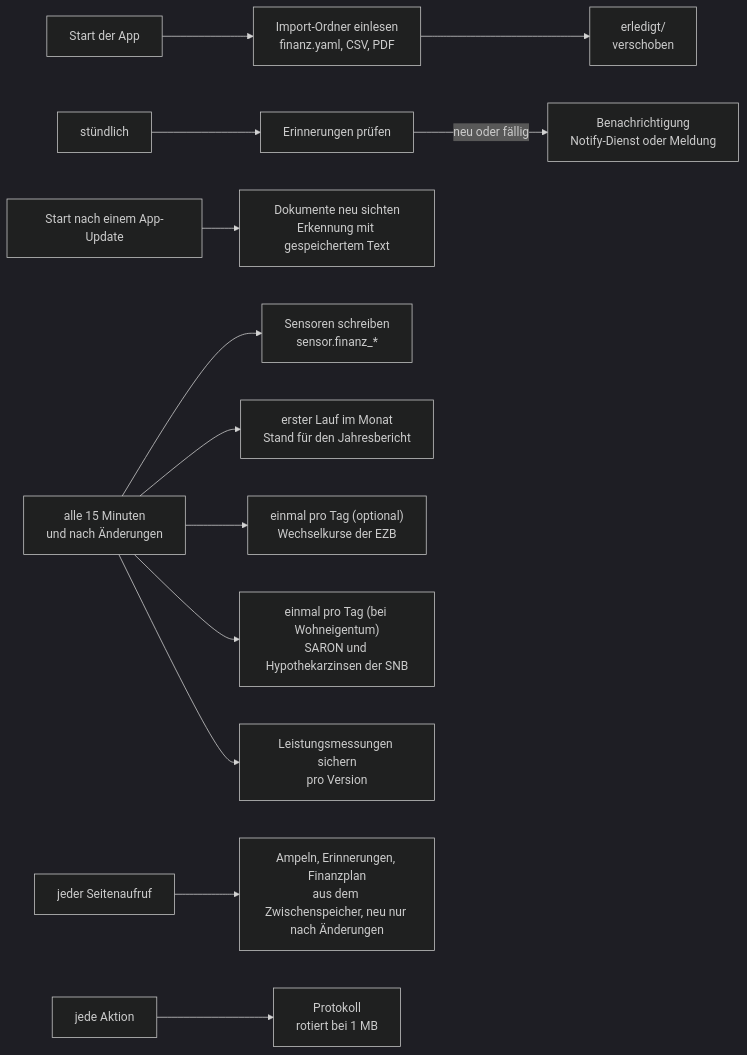
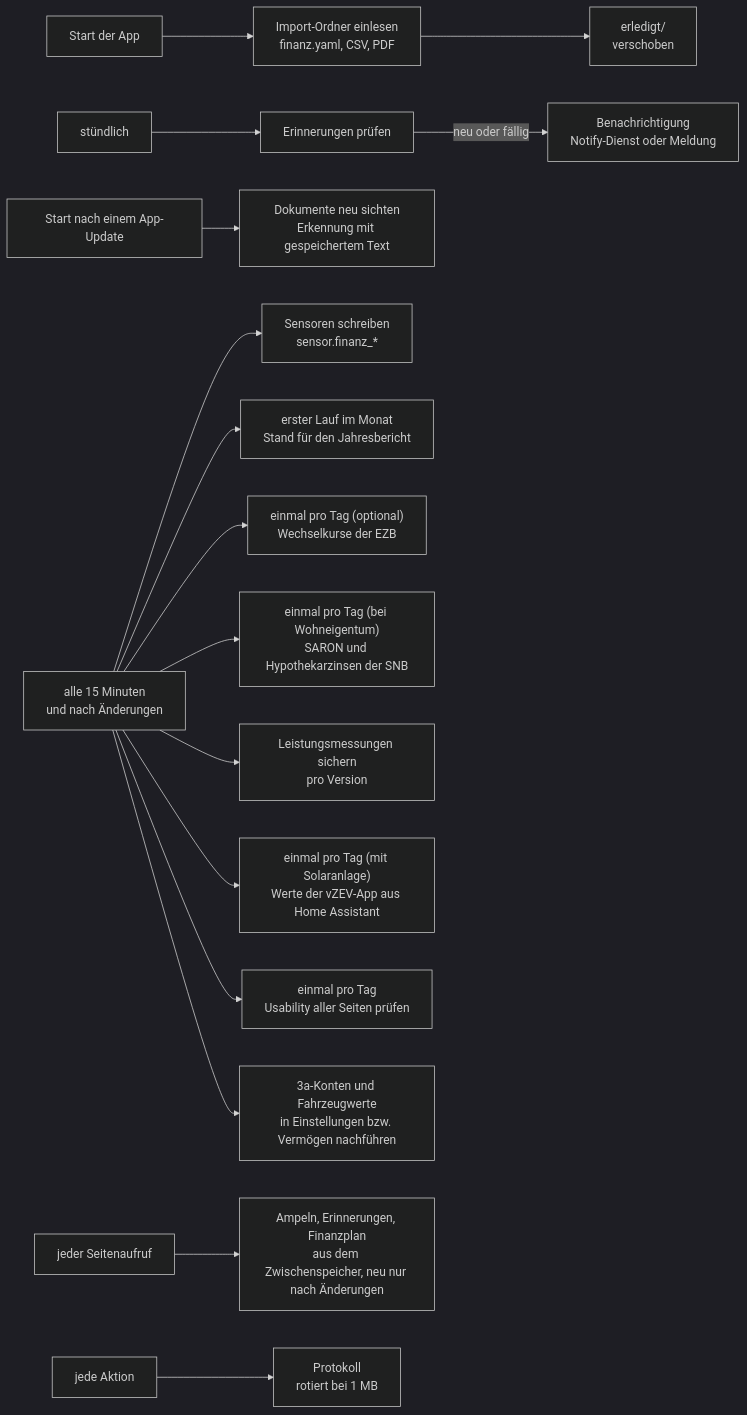
One commit to khu1985/finanz-ha changed the diagram in docs/prozess-laufend.mmd. Above: the diagram before and after it, drawn with Mermaid (dark theme). The commit also changed 10 other files, not shown here.

Commit message:
0.47.1: Ampeln für Sparen, Kinder, Fahrzeuge, Solar; Doku und Diagramme nachgeführt

```diff
--- a/docs/prozess-laufend.mmd
+++ b/docs/prozess-laufend.mmd
@@ -1,13 +1,16 @@
 flowchart LR
     ST["Start der App"] --> IO["Import-Ordner einlesen<br/>finanz.yaml, CSV, PDF"]
     IO --> ER["erledigt/<br/>verschoben"]
     H["stündlich"] --> EI["Erinnerungen prüfen"]
     EI -- neu oder fällig --> N["Benachrichtigung<br/>Notify-Dienst oder Meldung"]
     Q["alle 15 Minuten<br/>und nach Änderungen"] --> SE["Sensoren schreiben<br/>sensor.finanz_*"]
     Q --> MS["erster Lauf im Monat<br/>Stand für den Jahresbericht"]
     UP["Start nach einem App-Update"] --> NS["Dokumente neu sichten<br/>Erkennung mit gespeichertem Text"]
     Q --> KU["einmal pro Tag (optional)<br/>Wechselkurse der EZB"]
     Q --> MZ["einmal pro Tag (bei Wohneigentum)<br/>SARON und Hypothekarzinsen der SNB"]
     Q --> LE["Leistungsmessungen sichern<br/>pro Version"]
+    Q --> VZ["einmal pro Tag (mit Solaranlage)<br/>Werte der vZEV-App aus Home Assistant"]
+    Q --> US["einmal pro Tag<br/>Usability aller Seiten prüfen"]
+    Q --> AB["3a-Konten und Fahrzeugwerte<br/>in Einstellungen bzw. Vermögen nachführen"]
     SEITE["jeder Seitenaufruf"] --> AMP["Ampeln, Erinnerungen, Finanzplan<br/>aus dem Zwischenspeicher, neu nur nach Änderungen"]
     LOG["jede Aktion"] --> PR["Protokoll<br/>rotiert bei 1 MB"]
```
